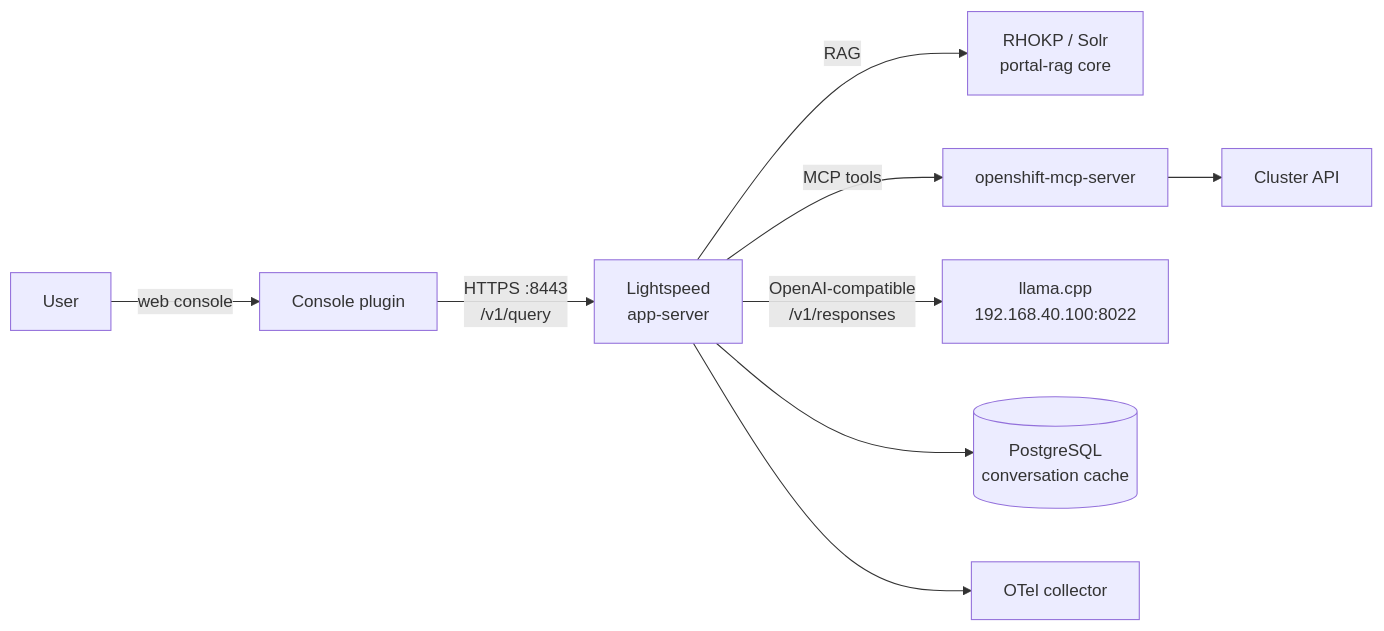
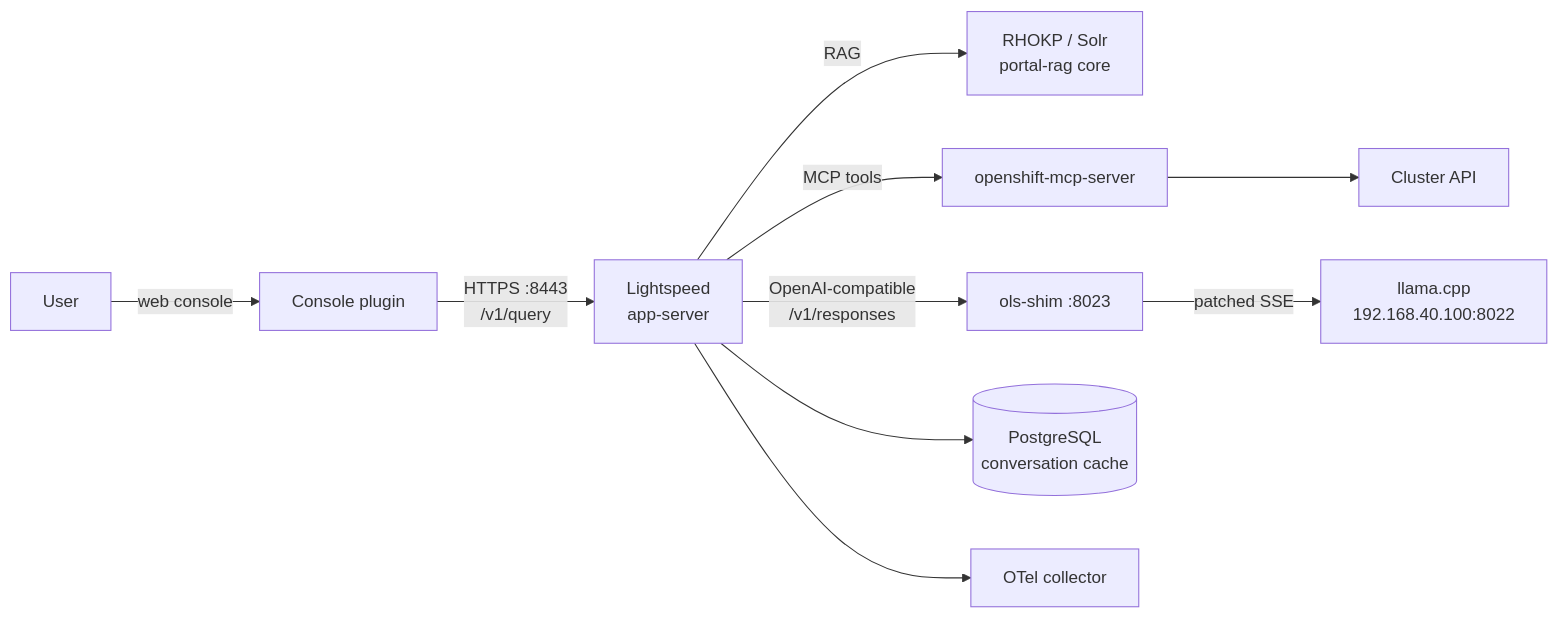
The diagram in README.md (syangsao/openshift_lightspeed), drawn with Mermaid before and after one commit. The commit also changed other lines of this file and 5 other files, not shown here.

First line of the commit message:
Fix parallel tool calls with a Responses-API shim

````diff
--- a/README.md
+++ b/README.md
@@ -33,11 +34,12 @@
 ```mermaid
 flowchart LR
     U[User] -->|web console| CP[Console plugin]
     CP -->|"HTTPS :8443<br/>/v1/query"| AS[Lightspeed<br/>app-server]
     AS -->|RAG| SOLR[RHOKP / Solr<br/>portal-rag core]
     AS -->|MCP tools| MCP[openshift-mcp-server]
     MCP --> K8S[Cluster API]
-    AS -->|"OpenAI-compatible<br/>/v1/responses"| LLM[llama.cpp<br/>192.168.40.100:8022]
+    AS -->|"OpenAI-compatible<br/>/v1/responses"| SHIM[ols-shim :8023]
+    SHIM -->|patched SSE| LLM[llama.cpp<br/>192.168.40.100:8022]
     AS --> PG[(PostgreSQL<br/>conversation cache)]
     AS --> OTEL[OTel collector]
 ```
````
